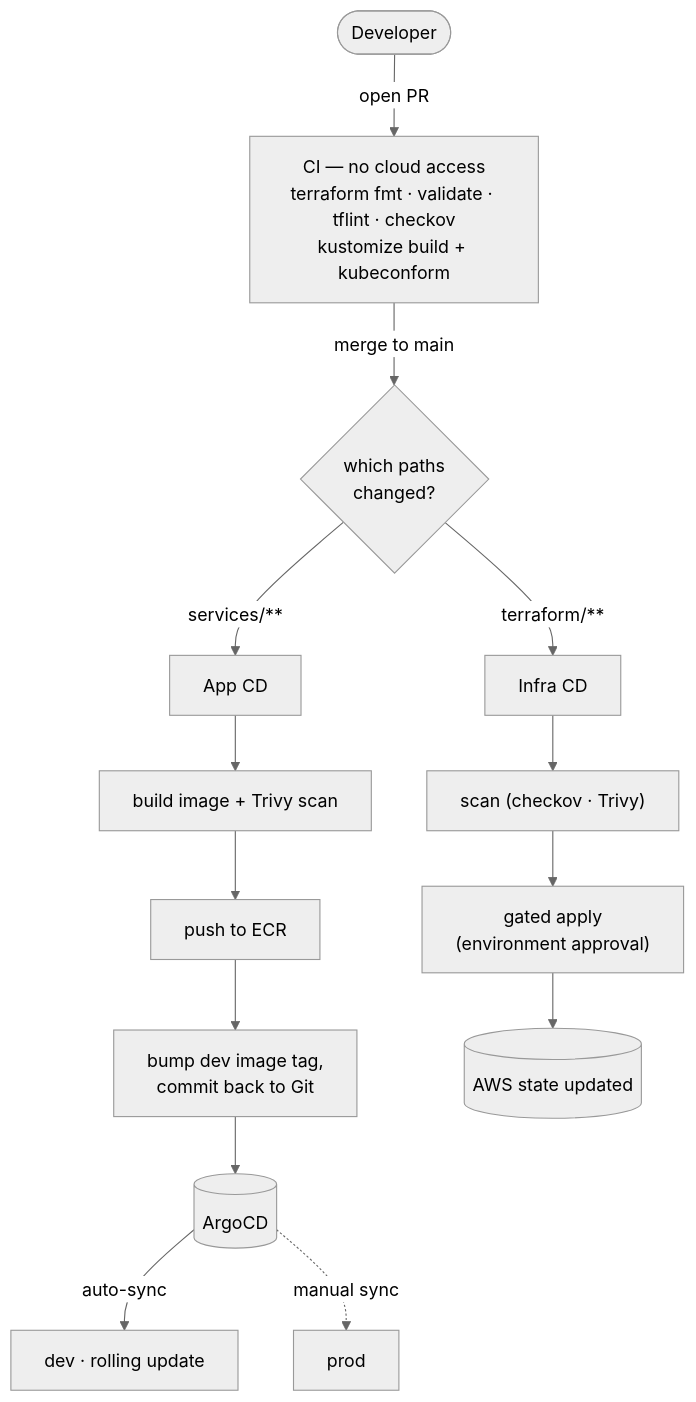
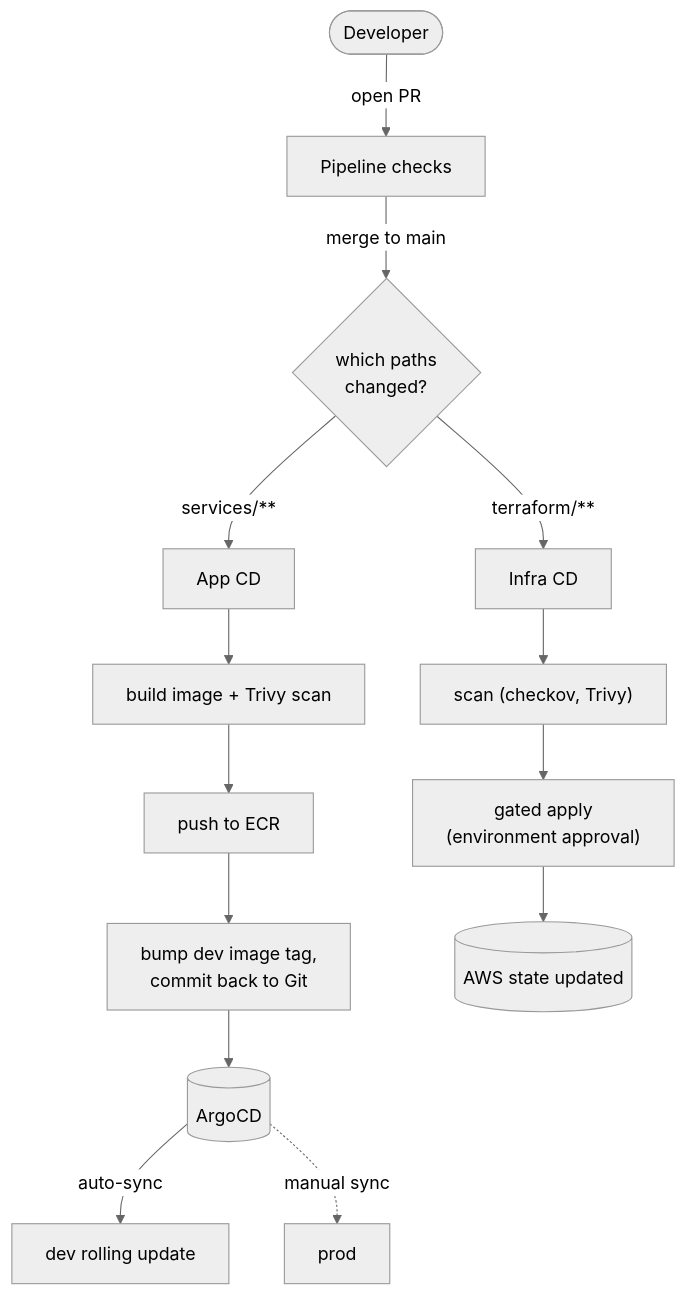
Before and after one commit to Mo-ASayed/eks-order-platform-v2: the diagram in README.md, drawn with Mermaid (neutral theme). The commit also changed other lines of this file and 3 other files, not shown here.

Commit message:
clean up - improve readme and upload architecture diagram

````diff
--- a/README.md
+++ b/README.md
@@ -159,19 +155,19 @@
 ```mermaid
 flowchart TD
-    dev([Developer]) -->|open PR| ci["CI — no cloud access<br/>terraform fmt · validate · tflint · checkov<br/>kustomize build + kubeconform"]
+    dev([Developer]) -->|open PR| ci["Pipeline checks"]
     ci -->|merge to main| split{"which paths<br/>changed?"}
 
     split -->|"services/**"| app["App CD"]
     app --> build["build image + Trivy scan"]
     build --> ecr["push to ECR"]
     ecr --> bump["bump dev image tag,<br/>commit back to Git"]
 
     split -->|"terraform/**"| infra["Infra CD"]
-    infra --> iscan["scan (checkov · Trivy)"]
+    infra --> iscan["scan (checkov, Trivy)"]
     iscan --> gate["gated apply<br/>(environment approval)"]
 
     bump --> argo[("ArgoCD")]
-    argo -->|auto-sync| devenv["dev · rolling update"]
+    argo -->|auto-sync| devenv["dev rolling update"]
     argo -.->|manual sync| prodenv["prod"]
     gate --> aws[("AWS state updated")]
 ```
````
